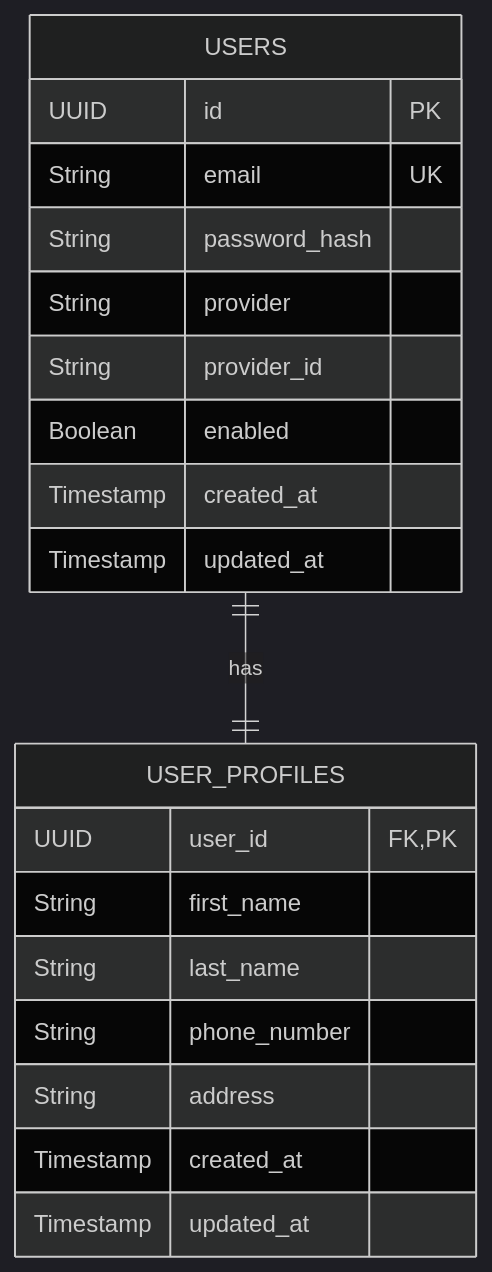
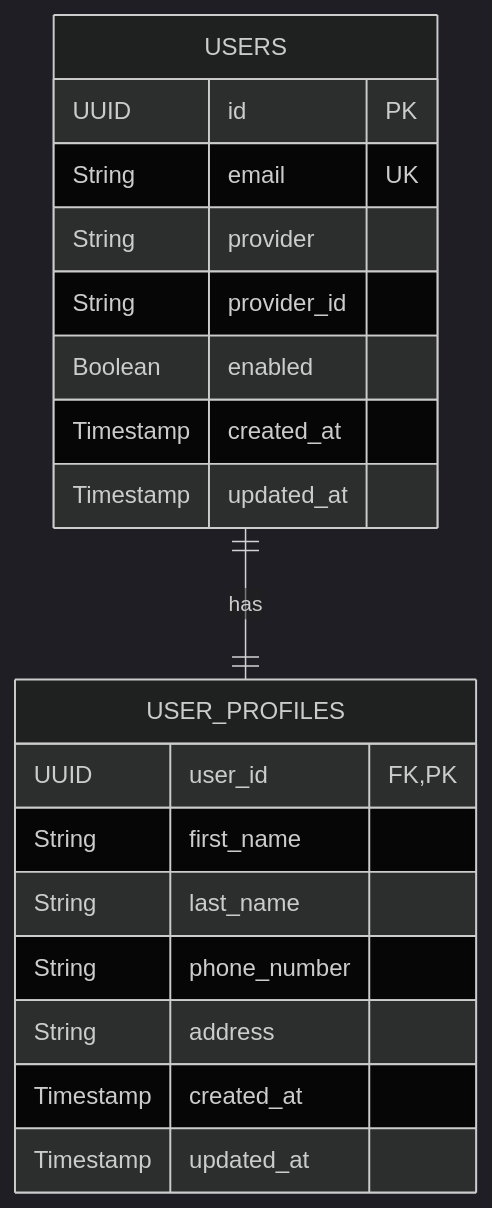
The diagram in specs/002-user-auth-profile/data-model.md (thongdanghoang/scalable-ecommerce-platform), drawn with Mermaid (dark theme) before and after one commit. The commit also changed other lines of this file and 12 other files, not shown here.

Commit message:
Refactor user authentication and profile model: merge `UserAuthenticationProvider` into `User`, introduce `UserProfile`, and update database schema and services to align.

````diff
--- a/specs/002-user-auth-profile/data-model.md
+++ b/specs/002-user-auth-profile/data-model.md
@@ -8,23 +8,22 @@
 ```mermaid
 erDiagram
-    USERS ||--|| USER_PROFILES : "has"
+    USERS ||--|| USER_PROFILES: "has"
     USERS {
         UUID id PK
         String email UK
-        String password_hash
         String provider
         String provider_id
         Boolean enabled
         Timestamp created_at
         Timestamp updated_at
     }
     USER_PROFILES {
         UUID user_id FK, PK
         String first_name
         String last_name
         String phone_number
         String address
         Timestamp created_at
         Timestamp updated_at
     }
 ```
````
